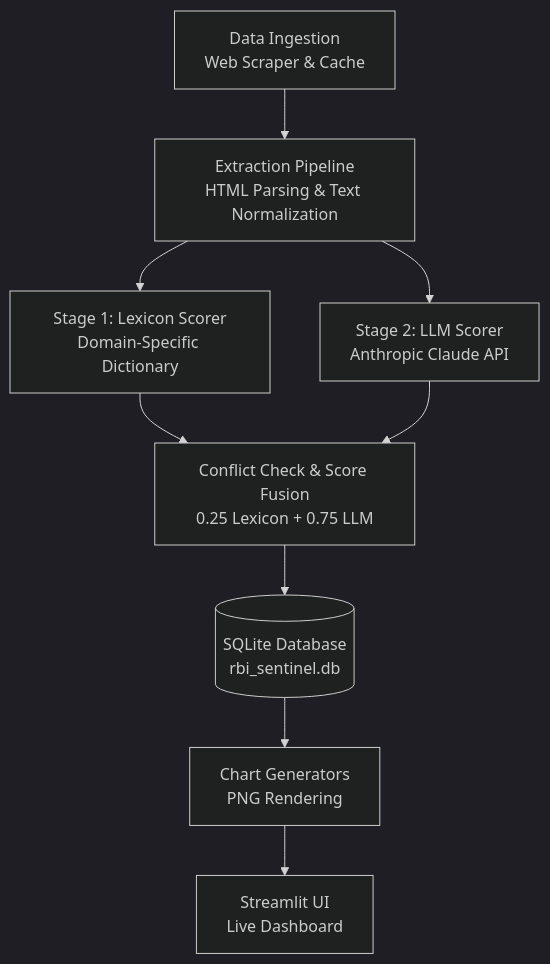
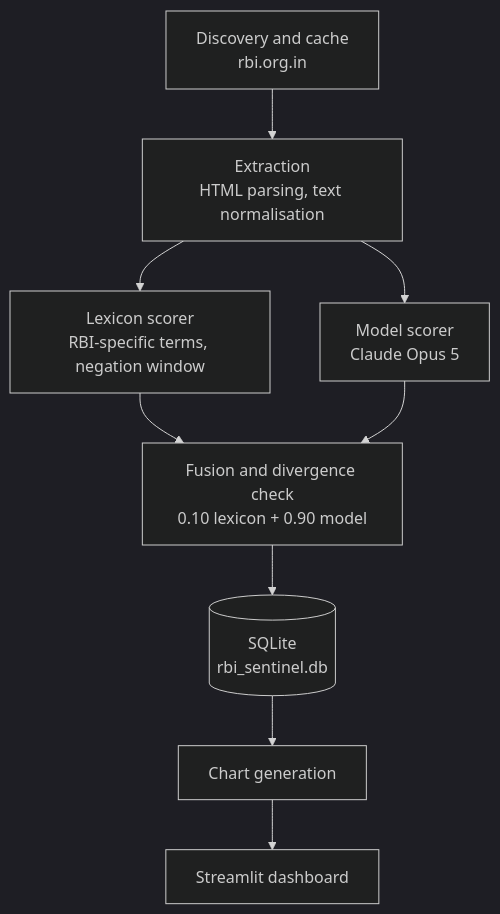
The second of 2 diagrams in _pages/economics-hub.md (shreyasxi/shreyasxi.github.io), drawn with Mermaid (dark theme) before and after one commit. The commit also changed other lines of this file, not shown here.

````diff
--- a/_pages/economics-hub.md
+++ b/_pages/economics-hub.md
@@ -65,14 +191,14 @@
 ```mermaid
 flowchart TD
-    A[Data Ingestion\nWeb Scraper & Cache] --> B[Extraction Pipeline\nHTML Parsing & Text Normalization]
-    
-    B --> C1[Stage 1: Lexicon Scorer\nDomain-Specific Dictionary]
-    B --> C2[Stage 2: LLM Scorer\nAnthropic Claude API]
-    
-    C1 --> D[Conflict Check & Score Fusion\n0.25 Lexicon + 0.75 LLM]
+    A[Discovery and cache\nrbi.org.in] --> B[Extraction\nHTML parsing, text normalisation]
+
+    B --> C1[Lexicon scorer\nRBI-specific terms, negation window]
+    B --> C2[Model scorer\nClaude Opus 5]
+
+    C1 --> D[Fusion and divergence check\n0.10 lexicon + 0.90 model]
     C2 --> D
-    
-    D --> E[(SQLite Database\nrbi_sentinel.db)]
-    E --> F[Chart Generators\nPNG Rendering]
-    F --> G[Streamlit UI\nLive Dashboard]
+
+    D --> E[(SQLite\nrbi_sentinel.db)]
+    E --> F[Chart generation]
+    F --> G[Streamlit dashboard]
 ```
````
